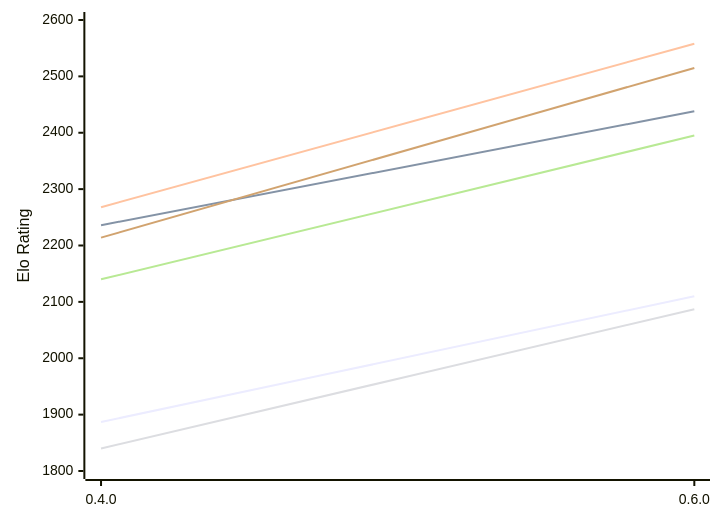
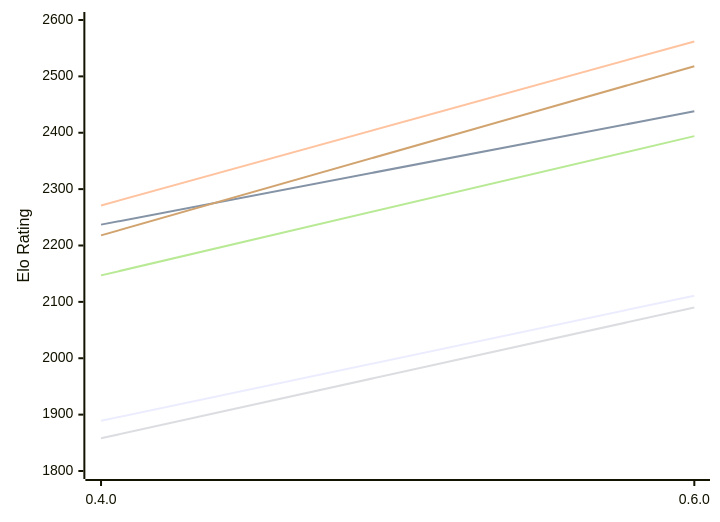
The first of 2 diagrams in engines/Ariadne.md (computer-chess-index/cci), drawn with Mermaid before and after one commit. The commit also changed other lines of this file, not shown here.

Commit message:
Update CCI Ratings (ELO VLTC) - 2026-11-20

````diff
--- a/engines/Ariadne.md
+++ b/engines/Ariadne.md
@@ -50,12 +50,12 @@
 ```mermaid
 %%{init: {"theme":"base","themeVariables":{"seriesColors:['#a3a3a3','#222221','#faa371']}}}%%
 xychart-beta
   x-axis ["0.4.0", "0.6.0"]
   y-axis "Elo Rating" 1800 --> 2600
-  line "E1: STC (8.0+0.08s)" [1887, 2110]
-  line "E1: LTC (60.0+0.60s)" [2236, 2438]
-  line "E1: VLTC (2m24s+1.12s)" [2268, 2558]
-  line "P1: STC (8.0+0.08s)" [1840, 2087]
-  line "P1: LTC (60.0+0.60s)" [2140, 2395]
-  line "P1: VLTC (2m24s+1.12s)" [2214, 2515]
+  line "E1: STC (8.0+0.08s)" [1889, 2111]
+  line "E1: LTC (60.0+0.60s)" [2237, 2438]
+  line "E1: VLTC (2m24s+1.12s)" [2271, 2562]
+  line "P1: STC (8.0+0.08s)" [1858, 2090]
+  line "P1: LTC (60.0+0.60s)" [2147, 2394]
+  line "P1: VLTC (2m24s+1.12s)" [2218, 2518]
 ```
````
